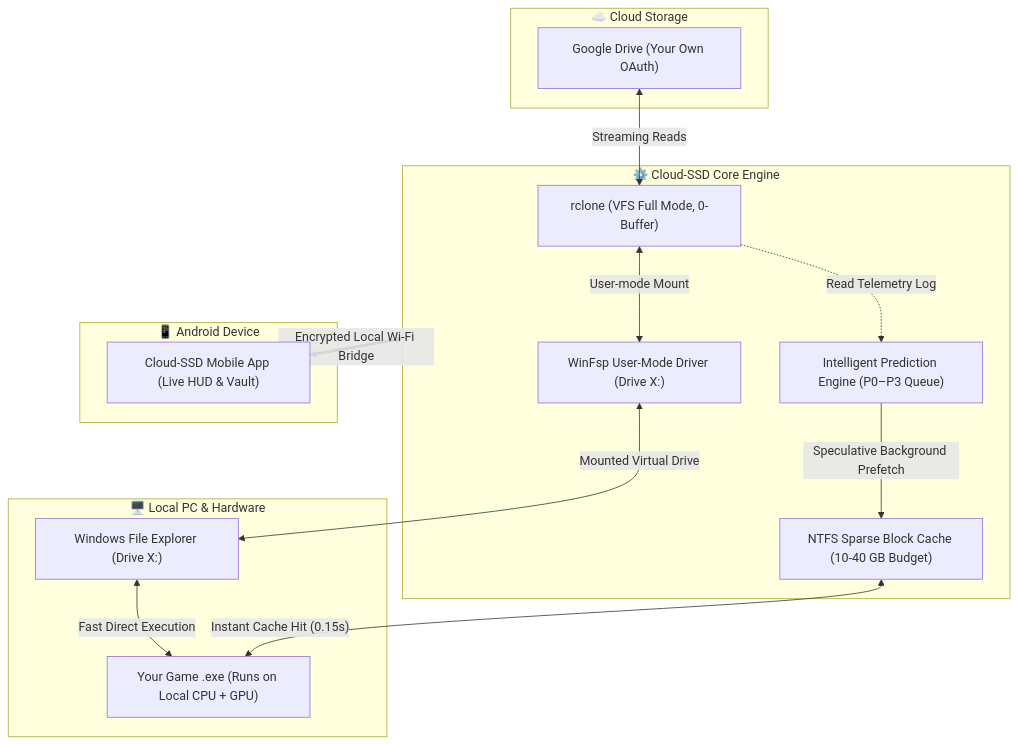
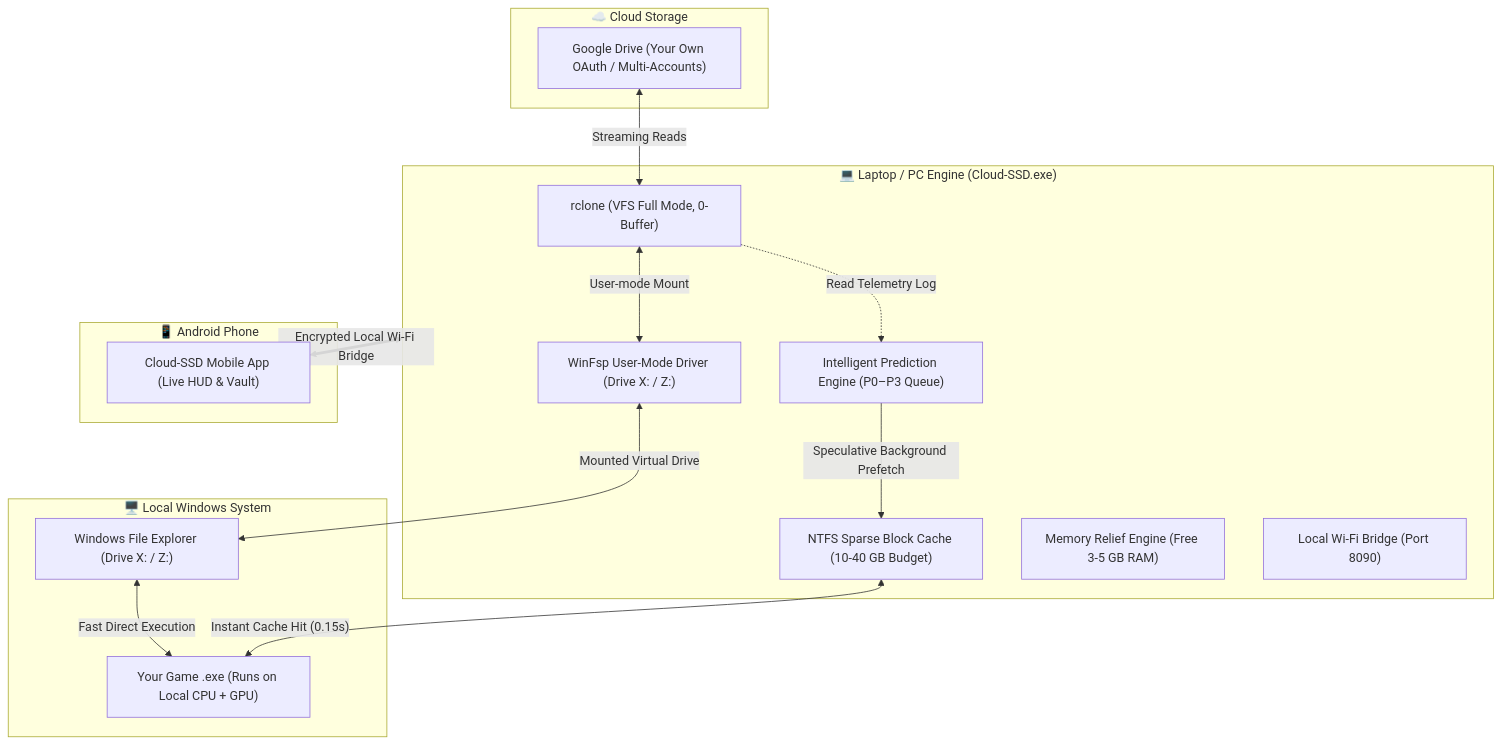
The diagram in README.md (allproject121/Cloud-SSD), drawn with Mermaid before and after one commit. The commit also changed other lines of this file and 63 other files, not shown here.

Commit message:
feat: complete Cloud-SSD rebranding, dual-platform README, 5TB tools, fresh releases

````diff
--- a/README.md
+++ b/README.md
@@ -41,33 +107,35 @@
 ```mermaid
 flowchart TD
     subgraph Cloud[" ☁️ Cloud Storage "]
-        GDrive["Google Drive (Your Own OAuth)"]
+        GDrive["Google Drive (Your Own OAuth / Multi-Accounts)"]
     end
 
-    subgraph CoreEngine[" ⚙️ Cloud-SSD Core Engine "]
+    subgraph LaptopCoreEngine[" 💻 Laptop / PC Engine (Cloud-SSD.exe) "]
         Rclone["rclone (VFS Full Mode, 0-Buffer)"]
-        WinFsp["WinFsp User-Mode Driver (Drive X:)"]
+        WinFsp["WinFsp User-Mode Driver (Drive X: / Z:)"]
         Predictor["Intelligent Prediction Engine (P0–P3 Queue)"]
         SmartCache["NTFS Sparse Block Cache (10-40 GB Budget)"]
+        MemRelief["Memory Relief Engine (Free 3-5 GB RAM)"]
+        Bridge["Local Wi-Fi Bridge (Port 8090)"]
     end
 
-    subgraph LocalSystem[" 🖥️ Local PC & Hardware "]
+    subgraph LocalSystem[" 🖥️ Local Windows System "]
         GameExe["Your Game .exe (Runs on Local CPU + GPU)"]
-        Explorer["Windows File Explorer (Drive X:)"]
+        Explorer["Windows File Explorer (Drive X: / Z:)"]
     end
 
-    subgraph MobileCompanion[" 📱 Android Device "]
+    subgraph MobileCompanion[" 📱 Android Phone "]
         PhoneApp["Cloud-SSD Mobile App (Live HUD & Vault)"]
     end
 
     GDrive <-->|"Streaming Reads"| Rclone
     Rclone <-->|"User-mode Mount"| WinFsp
     WinFsp <-->|"Mounted Virtual Drive"| Explorer
     Explorer <-->|"Fast Direct Execution"| GameExe
     
     Rclone -.->|"Read Telemetry Log"| Predictor
     Predictor -->|"Speculative Background Prefetch"| SmartCache
     SmartCache <-->|"Instant Cache Hit (0.15s)"| GameExe
 
-    CoreEngine <==>|"Encrypted Local Wi-Fi Bridge"| PhoneApp
+    LaptopCoreEngine <==>|"Encrypted Local Wi-Fi Bridge"| PhoneApp
 ```
````
